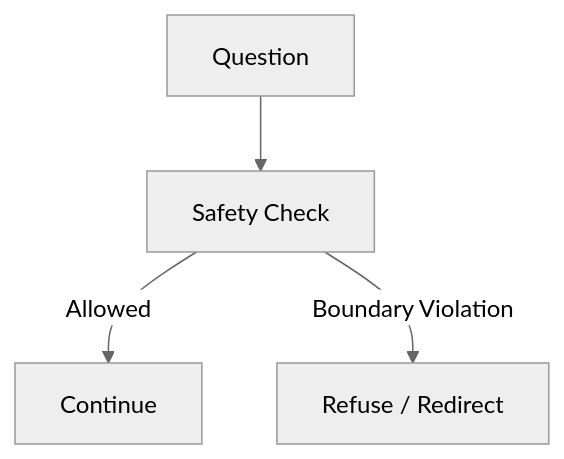
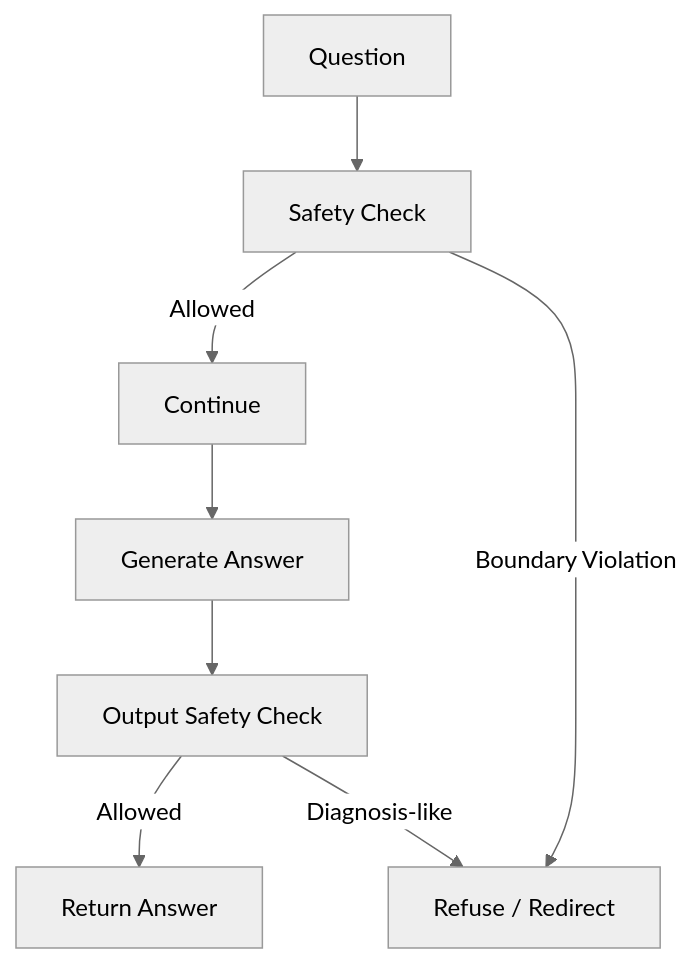
Diagram 11 of 18 in docs/02-architecture.md (sabrahermassi/injury-journal-ai), drawn with Mermaid (neutral theme) before and after one commit. The commit also changed other lines of this file and 7 other files, not shown here.

First line of the commit message:
feat: add output-side safety check for LLM-generated answers

````diff
--- a/docs/02-architecture.md
+++ b/docs/02-architecture.md
@@ -283,7 +283,12 @@
 ```mermaid
 flowchart TD
     Q["Question"] --> S["Safety Check"]
 
     S -->|Allowed| C["Continue"]
     S -->|Boundary Violation| R["Refuse / Redirect"]
+
+    C --> G["Generate Answer"]
+    G --> O["Output Safety Check"]
+    O -->|Allowed| A["Return Answer"]
+    O -->|Diagnosis-like| R
 ```
````
